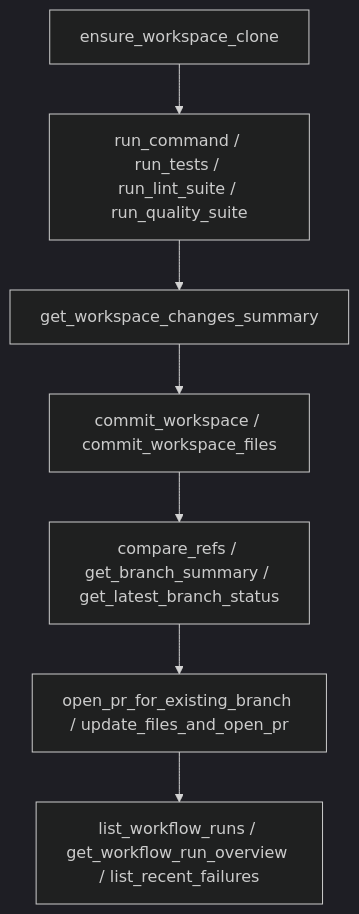
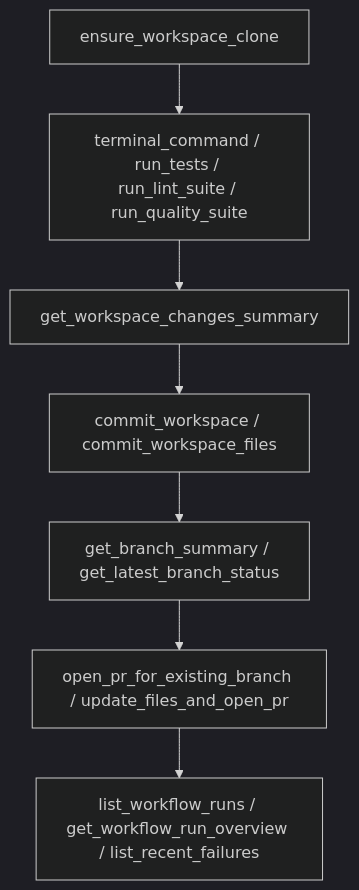
The second of 2 diagrams in Detailed_Tools.md (AdaptivMCP/AdaptivMCP), drawn with Mermaid (dark theme) before and after one commit. The commit also changed other lines of this file and 37 other files, not shown here.

Commit message:
Remove diff/patch tools; add terminal_command

````diff
--- a/Detailed_Tools.md
+++ b/Detailed_Tools.md
@@ -27,9 +27,9 @@
 ```mermaid
 flowchart TD
-    A[ensure_workspace_clone] --> B[run_command / run_tests / run_lint_suite / run_quality_suite]
+    A[ensure_workspace_clone] --> B[terminal_command / run_tests / run_lint_suite / run_quality_suite]
     B --> C[get_workspace_changes_summary]
     C --> D[commit_workspace / commit_workspace_files]
-    D --> E[compare_refs / get_branch_summary / get_latest_branch_status]
+    D --> E[get_branch_summary / get_latest_branch_status]
     E --> F[open_pr_for_existing_branch / update_files_and_open_pr]
     F --> G[list_workflow_runs / get_workflow_run_overview / list_recent_failures]
 ```
````
